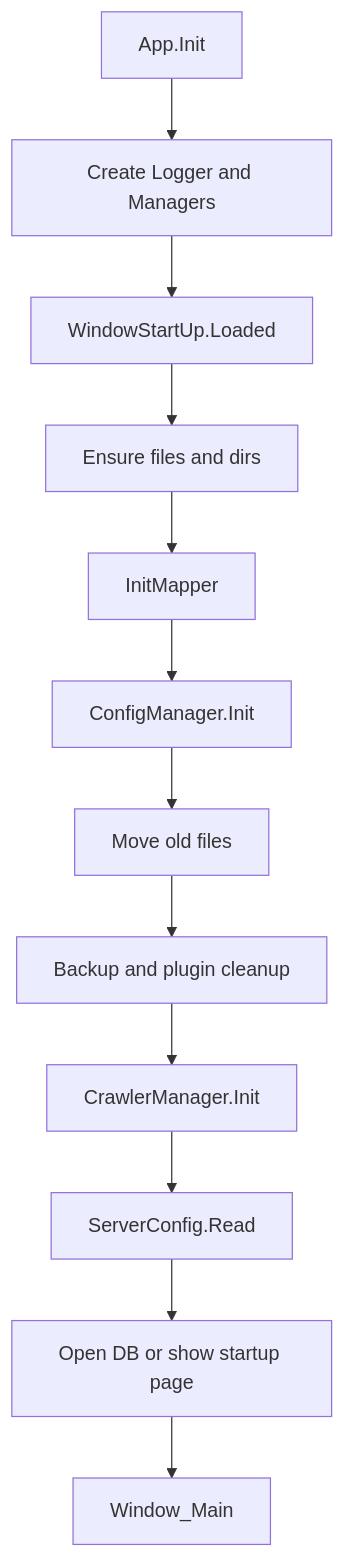
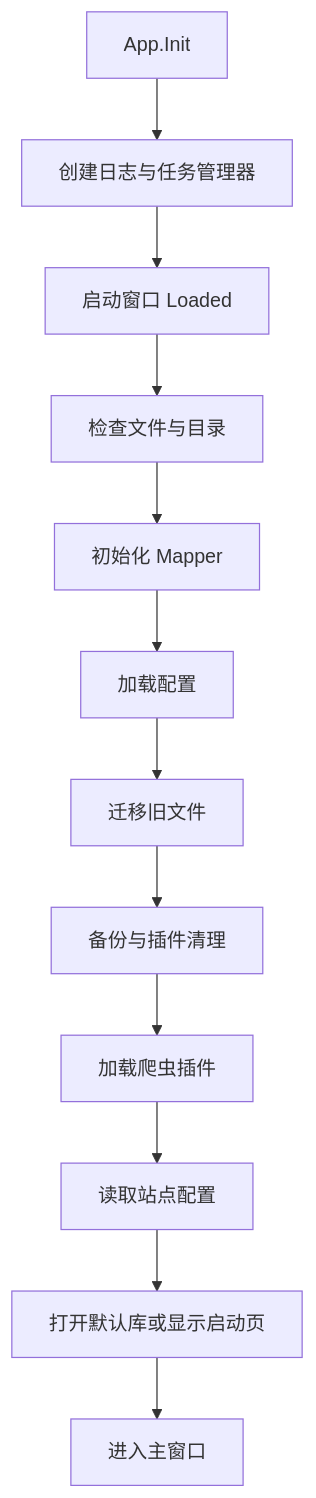
The diagram in doc/assets/diagrams/startup-flow.mmd (spartawhy117/Jvedio), drawn with Mermaid before and after one commit. The commit also changed 27 other files, not shown here.

```diff
--- a/doc/assets/diagrams/startup-flow.mmd
+++ b/doc/assets/diagrams/startup-flow.mmd
@@ -1,12 +1,12 @@
 flowchart TD
-    A[App.Init] --> B[Create Logger and Managers]
-    B --> C[WindowStartUp.Loaded]
-    C --> D[Ensure files and dirs]
-    D --> E[InitMapper]
-    E --> F[ConfigManager.Init]
-    F --> G[Move old files]
-    G --> H[Backup and plugin cleanup]
-    H --> I[CrawlerManager.Init]
-    I --> J[ServerConfig.Read]
-    J --> K[Open DB or show startup page]
-    K --> L[Window_Main]
+    A[App.Init] --> B[创建日志与任务管理器]
+    B --> C[启动窗口 Loaded]
+    C --> D[检查文件与目录]
+    D --> E[初始化 Mapper]
+    E --> F[加载配置]
+    F --> G[迁移旧文件]
+    G --> H[备份与插件清理]
+    H --> I[加载爬虫插件]
+    I --> J[读取站点配置]
+    J --> K[打开默认库或显示启动页]
+    K --> L[进入主窗口]
```
